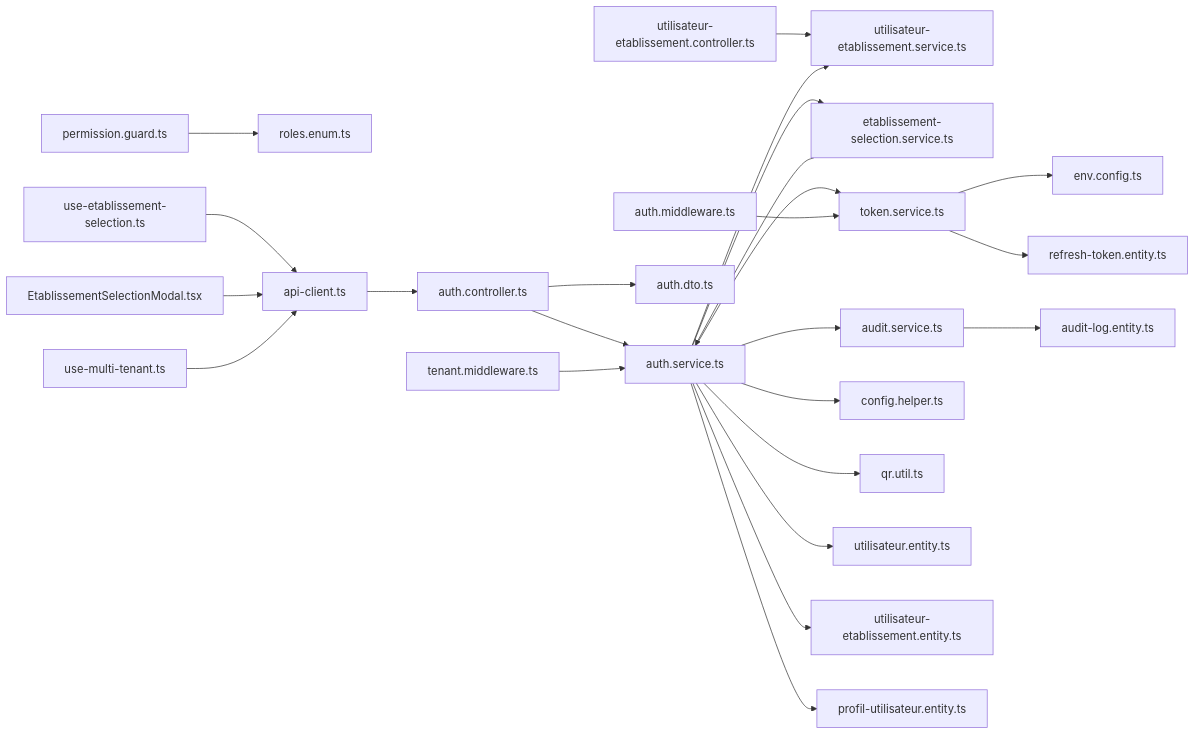
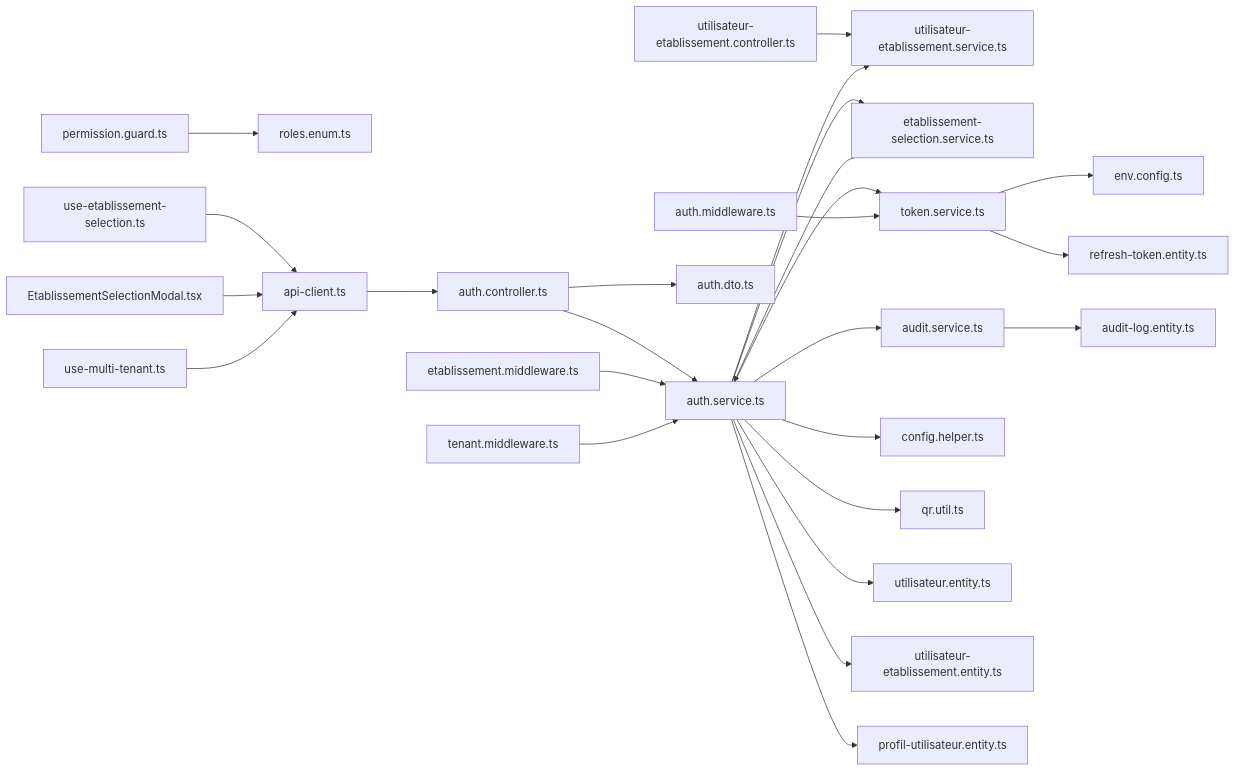
One commit to franckylab/eLISAschool changed diagram 14 of 14 in .qoder/repowiki/en/content/Authentication & Authorization/Authentication Flow.md. Above: the diagram before and after it, drawn with Mermaid. The commit also changed other lines of this file and 53 other files, not shown here.

````diff
--- a/.qoder/repowiki/en/content/Authentication & Authorization/Authentication Flow.md
+++ b/.qoder/repowiki/en/content/Authentication & Authorization/Authentication Flow.md
@@ -1102,26 +1157,27 @@
 ```mermaid
 graph LR
 AC["auth.controller.ts"] --> AS["auth.service.ts"]
 UEC["utilisateur-etablissement.controller.ts"] --> UES["utilisateur-etablissement.service.ts"]
 ES["etablissement-selection.service.ts"] --> AS
 AC --> DTO["auth.dto.ts"]
 AS --> TS["token.service.ts"]
 AS --> AUD["audit.service.ts"]
 AS --> CFG["config.helper.ts"]
 AS --> UES
 AS --> ES
 AS --> QRU["qr.util.ts"]
+EMW["etablissement.middleware.ts"] --> AS
 TS --> ENV["env.config.ts"]
 TS --> RTE["refresh-token.entity.ts"]
 AS --> UE["utilisateur.entity.ts"]
 AS --> UTE["utilisateur-etablissement.entity.ts"]
 AS --> PE["profil-utilisateur.entity.ts"]
 AMW["auth.middleware.ts"] --> TS
 TMW["tenant.middleware.ts"] --> AS
 PG["permission.guard.ts"] --> ROLES["roles.enum.ts"]
 AUD --> ALE["audit-log.entity.ts"]
 API["api-client.ts"] --> AC
 HOOK["use-etablissement-selection.ts"] --> API
 MODAL["EtablissementSelectionModal.tsx"] --> API
 MT["use-multi-tenant.ts"] --> API
 ```
````
